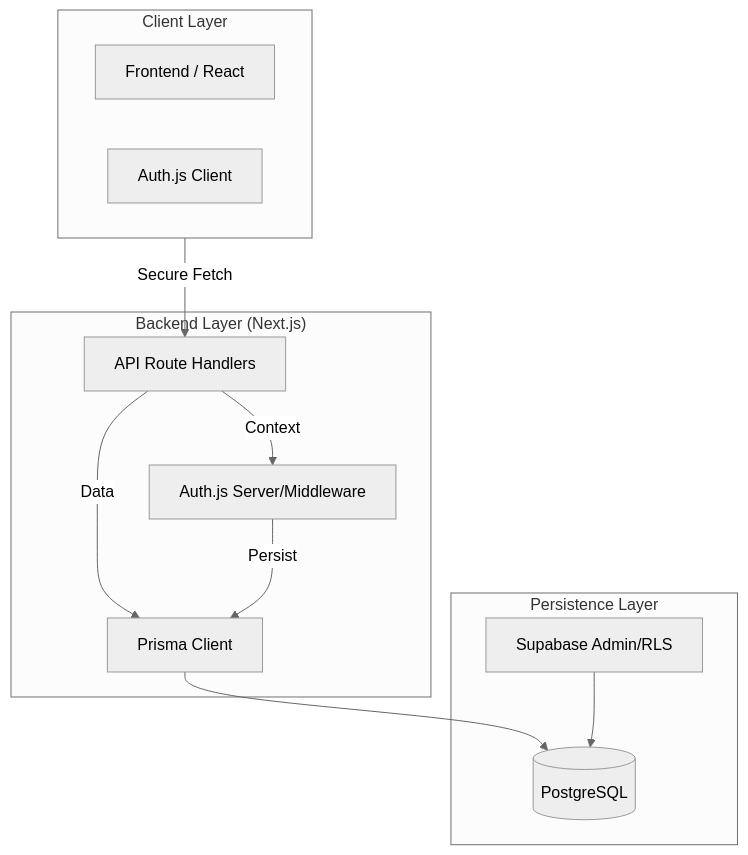
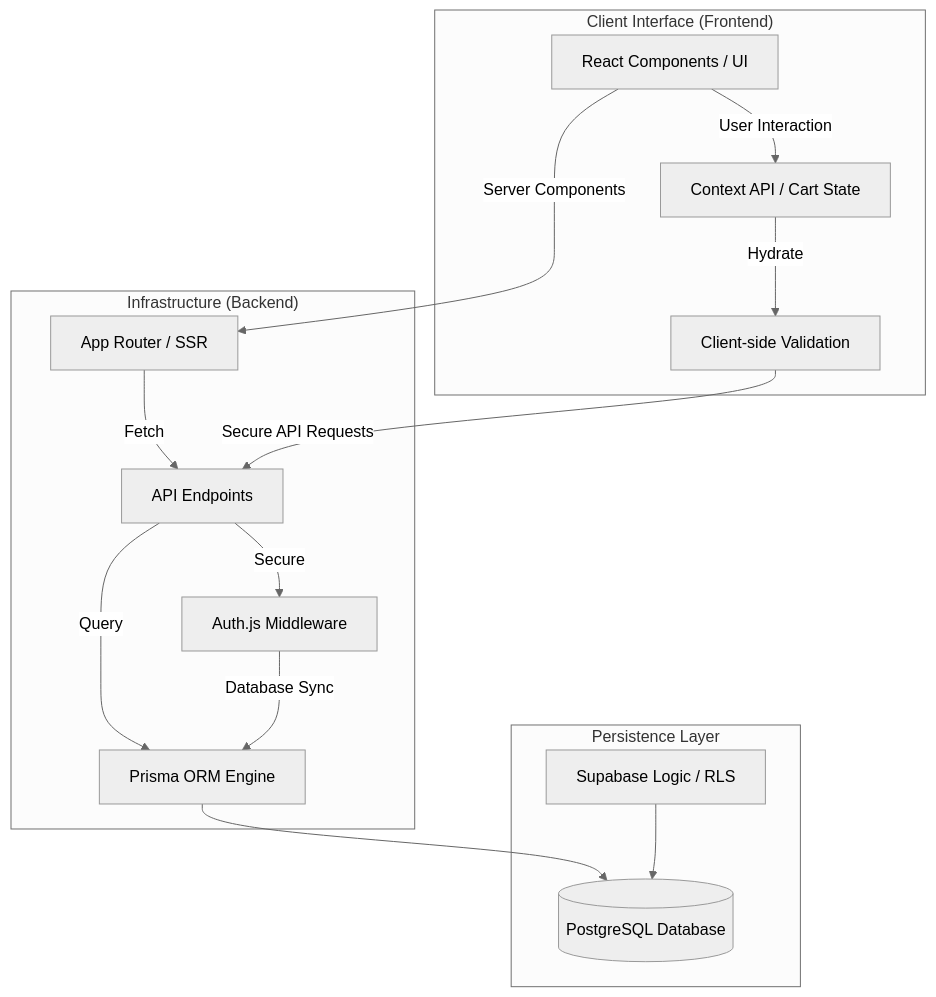
The diagram in README.md (Devsebastian44/Modern-Esthete), drawn with Mermaid (neutral theme) before and after one commit. The commit also changed other lines of this file and 1 other file, not shown here.

````diff
--- a/README.md
+++ b/README.md
@@ -33,26 +31,32 @@
 ```mermaid
 graph TD
-    subgraph Client ["Client Layer"]
-        UI[Frontend / React]
-        AuthC[Auth.js Client]
+    subgraph Client ["Client Interface (Frontend)"]
+        UI[React Components / UI]
+        State[Context API / Cart State]
+        Logic[Client-side Validation]
     end
 
-    subgraph Server ["Backend Layer (Next.js)"]
-        API[API Route Handlers]
-        AuthS[Auth.js Server/Middleware]
-        Prisma[Prisma Client]
+    subgraph Server ["Infrastructure (Backend)"]
+        Routes[App Router / SSR]
+        API[API Endpoints]
+        Auth[Auth.js Middleware]
+        Prisma[Prisma ORM Engine]
         
-        API --> |Context| AuthS
-        API --> |Data| Prisma
-        AuthS --> |Persist| Prisma
+        Routes --> |Fetch| API
+        API --> |Secure| Auth
+        API --> |Query| Prisma
+        Auth --> |Database Sync| Prisma
     end
 
     subgraph Data ["Persistence Layer"]
-        Postgres[(PostgreSQL)]
-        Supabase[Supabase Admin/RLS]
+        Postgres[(PostgreSQL Database)]
+        Supabase[Supabase Logic / RLS]
         Prisma --> Postgres
         Supabase --> Postgres
     end
 
-    Client --> |Secure Fetch| API
+    UI --> |User Interaction| State
+    State --> |Hydrate| Logic
+    Logic --> |Secure API Requests| API
+    UI --> |Server Components| Routes
 ```
````
